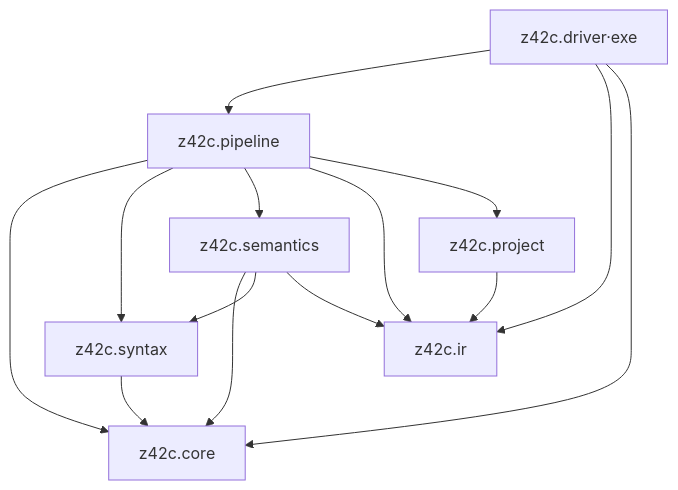
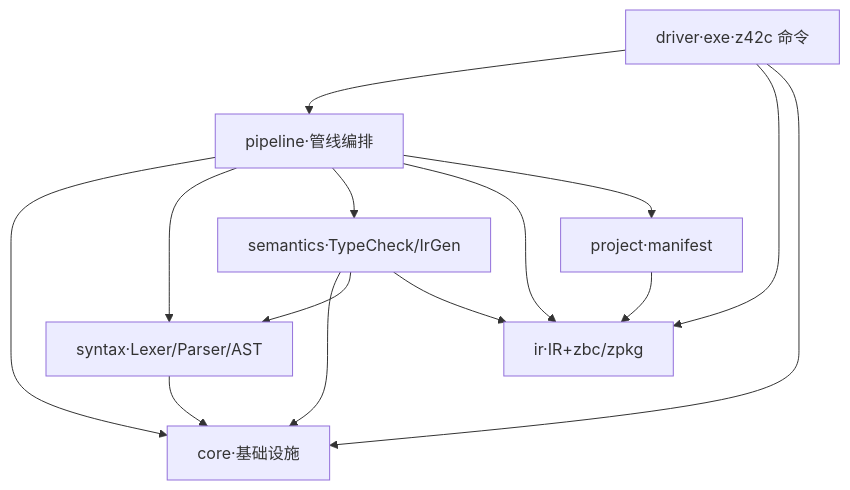
Before and after one commit to z42-lang/z42: the second of 3 diagrams in docs/book/src/compiler/architecture.md, drawn with Mermaid. The commit also changed other lines of this file and 2 other files, not shown here.

````diff
--- a/docs/book/src/compiler/architecture.md
+++ b/docs/book/src/compiler/architecture.md
@@ -39,10 +23,10 @@
 ```mermaid
 graph TD
-    core[z42c.core]
-    ir[z42c.ir]
-    syntax[z42c.syntax] --> core
-    project[z42c.project] --> ir
-    semantics[z42c.semantics] --> core & syntax & ir
-    pipeline[z42c.pipeline] --> core & syntax & semantics & ir & project
-    driver[z42c.driver·exe] --> pipeline & ir & core
+    core[core·基础设施]
+    ir[ir·IR+zbc/zpkg]
+    syntax[syntax·Lexer/Parser/AST] --> core
+    project[project·manifest] --> ir
+    semantics[semantics·TypeCheck/IrGen] --> core & syntax & ir
+    pipeline[pipeline·管线编排] --> core & syntax & semantics & ir & project
+    driver[driver·exe·z42c 命令] --> pipeline & ir & core
 ```
````
